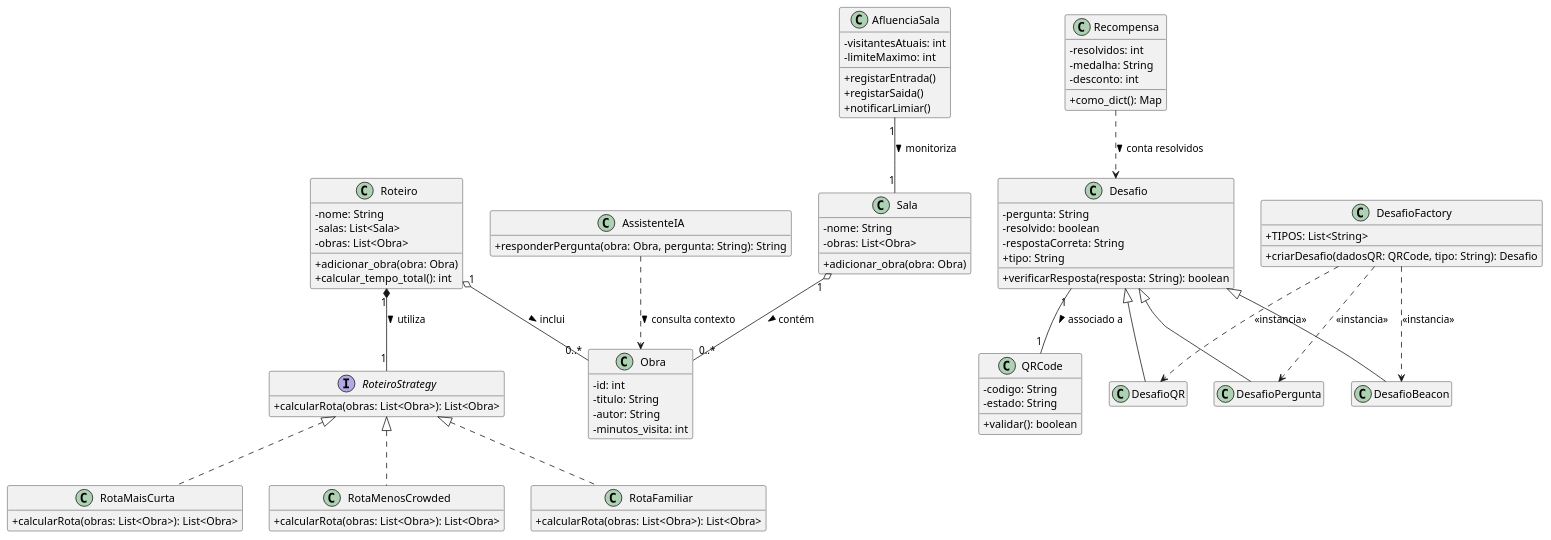
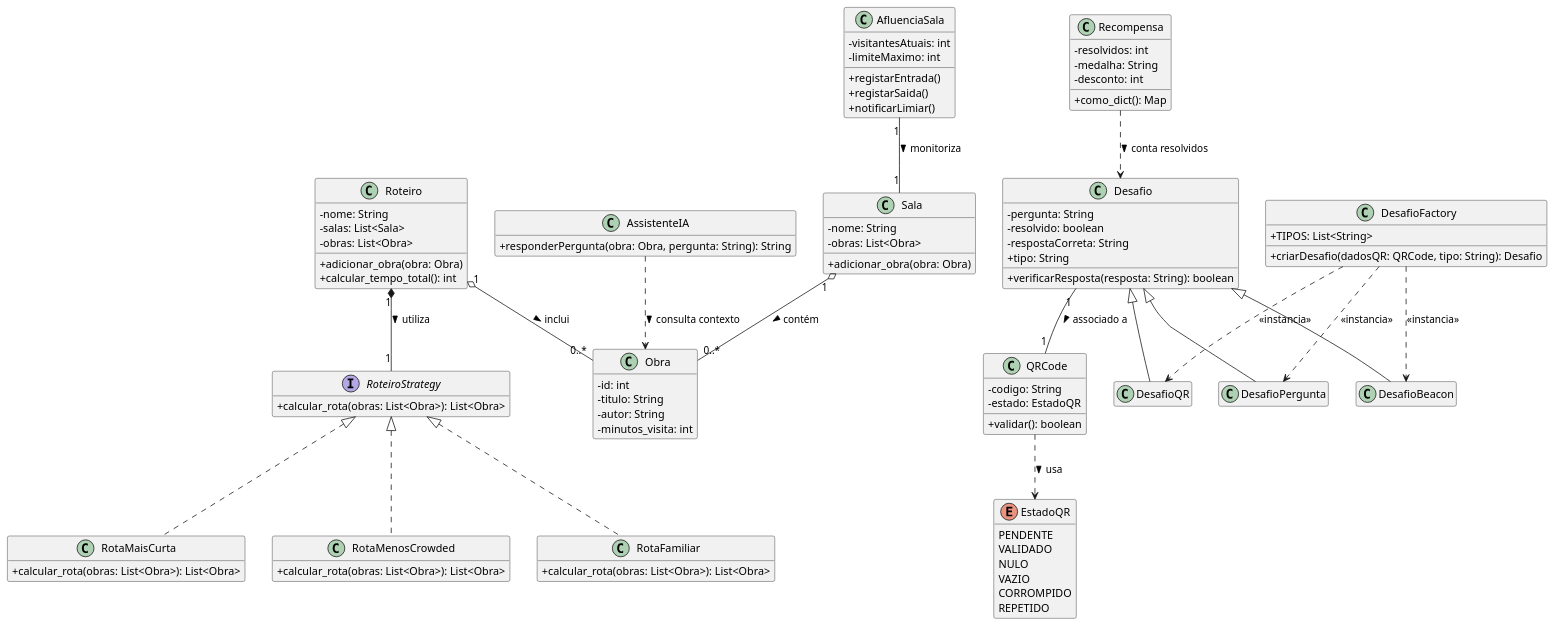
The diagram in docs/diagrama_classes.puml (2025113163-lab/ProjetoFinal_ESOF), drawn with PlantUML before and after one commit. The commit also changed 3 other files, not shown here.

```diff
--- a/docs/diagrama_classes.puml
+++ b/docs/diagrama_classes.puml
@@ -1,104 +1,115 @@
 @startuml
 skinparam classAttributeIconSize 0
 hide empty members
 
 ' --- Domínio Base (Alinhado com src/main.py) ---
 class Sala {
   - nome: String
   - obras: List<Obra>
   + adicionar_obra(obra: Obra)
 }
 
 class Obra {
   - id: int
   - titulo: String
   - autor: String
   - minutos_visita: int
 }
 
 class Roteiro {
   - nome: String
   - salas: List<Sala>
   - obras: List<Obra>
   + adicionar_obra(obra: Obra)
   + calcular_tempo_total(): int
 }
 
 Sala "1" o-- "0..*" Obra : contém >
 Roteiro "1" o-- "0..*" Obra : inclui >
 
 ' --- Módulo A: Roteiros (Padrão Strategy) ---
 interface RoteiroStrategy {
-  + calcularRota(obras: List<Obra>): List<Obra>
+  + calcular_rota(obras: List<Obra>): List<Obra>
 }
 
 class RotaMaisCurta implements RoteiroStrategy {
-  + calcularRota(obras: List<Obra>): List<Obra>
+  + calcular_rota(obras: List<Obra>): List<Obra>
 }
 
 class RotaMenosCrowded implements RoteiroStrategy {
-  + calcularRota(obras: List<Obra>): List<Obra>
+  + calcular_rota(obras: List<Obra>): List<Obra>
 }
 
 class RotaFamiliar implements RoteiroStrategy {
-  + calcularRota(obras: List<Obra>): List<Obra>
+  + calcular_rota(obras: List<Obra>): List<Obra>
 }
 
 Roteiro "1" *-- "1" RoteiroStrategy : utiliza >
 
 ' --- Módulo B: Caça ao Tesouro (Padrão Factory Method) ---
+enum EstadoQR {
+  PENDENTE
+  VALIDADO
+  NULO
+  VAZIO
+  CORROMPIDO
+  REPETIDO
+}
+
 class QRCode {
   - codigo: String
-  - estado: String
+  - estado: EstadoQR
   + validar(): boolean
 }
+
+QRCode ..> EstadoQR : usa >
 
 class Desafio {
   - pergunta: String
   - resolvido: boolean
   - respostaCorreta: String
   + tipo: String
   + verificarResposta(resposta: String): boolean
 }
 
 class DesafioPergunta extends Desafio
 class DesafioQR extends Desafio
 class DesafioBeacon extends Desafio
 
 class DesafioFactory {
   + TIPOS: List<String>
   + criarDesafio(dadosQR: QRCode, tipo: String): Desafio
 }
 
 class Recompensa {
   - resolvidos: int
   - medalha: String
   - desconto: int
   + como_dict(): Map
 }
 
 DesafioFactory ..> DesafioPergunta : <<instancia>>
 DesafioFactory ..> DesafioQR : <<instancia>>
 DesafioFactory ..> DesafioBeacon : <<instancia>>
 Desafio "1" -- "1" QRCode : associado a >
 Recompensa ..> Desafio : conta resolvidos >
 
 ' --- Padrão Observer (Monitorização) ---
 class AfluenciaSala {
   - visitantesAtuais: int
   - limiteMaximo: int
   + registarEntrada()
   + registarSaida()
   + notificarLimiar()
 }
 
 AfluenciaSala "1" -- "1" Sala : monitoriza >
 
 ' --- Módulo RAG (Inteligência Artificial) ---
 class AssistenteIA {
   + responderPergunta(obra: Obra, pergunta: String): String
 }
 
 AssistenteIA ..> Obra : consulta contexto >
 
 @enduml
```
